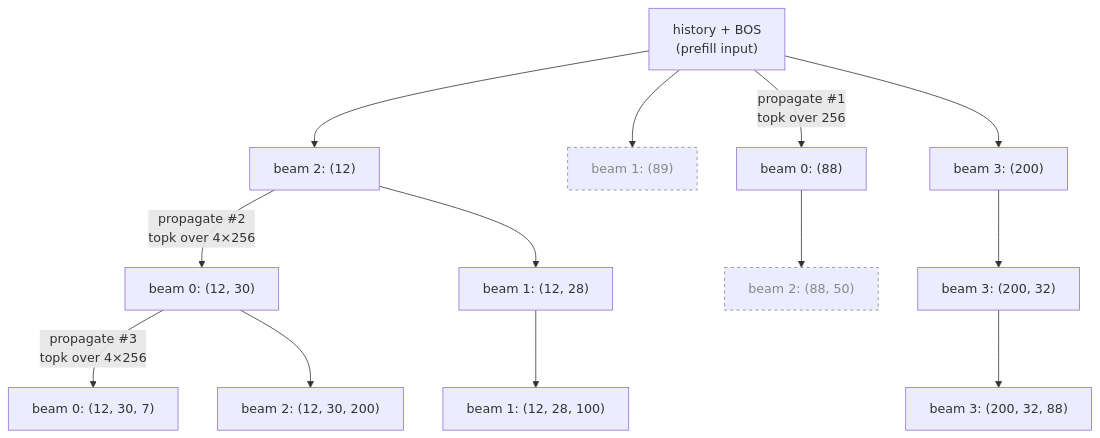
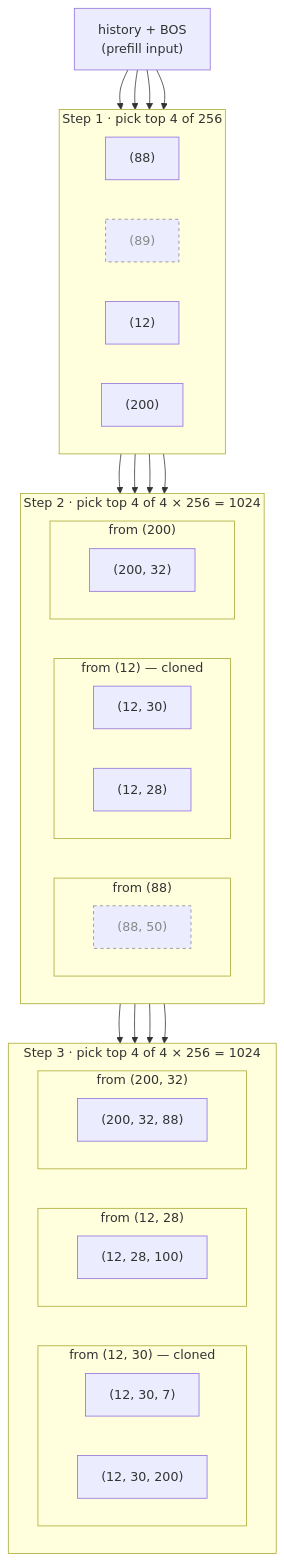
The first of 3 diagrams in examples/sid_gr/README.md (z52527/recsys-examples), drawn with Mermaid before and after one commit. The commit also changed other lines of this file, not shown here.

Commit message:
docs(sid_gr): regroup beam expansion diagram by parent, drop beam indices
The previous diagram numbered beams (beam 0..3) at each step, which
made cloning hard to read — the same SID tuple would carry different
beam indices across rounds. Restructure each step's subgraph into
per-parent sub-subgraphs; a group tagged "cloned" means that parent
fed multiple children to the next step. Step labels now show the
top-K math explicitly (e.g. "pick top 4 of 4 × 256 = 1024").

Node labels are just the SID tuples now; cloning, parentage, and
top-K math are carried by the subgraph titles instead.

````diff
--- a/examples/sid_gr/README.md
+++ b/examples/sid_gr/README.md
@@ -88,21 +88,63 @@
 ```mermaid
 graph TD
     BOS["history + BOS<br/>(prefill input)"]
 
-    BOS -->|"propagate #1<br/>topk over 256"| b00["beam 0: (88)"]
-    BOS --> b01["beam 1: (89)"]:::pruned
-    BOS --> b02["beam 2: (12)"]
-    BOS --> b03["beam 3: (200)"]
+    subgraph step1["Step 1 · pick top 4 of 256"]
+        direction LR
+        S88["(88)"]
+        S89["(89)"]:::pruned
+        S12["(12)"]
+        S200["(200)"]
+    end
 
-    b02 -->|"propagate #2<br/>topk over 4×256"| b10["beam 0: (12, 30)"]
-    b02 --> b11["beam 1: (12, 28)"]
-    b00 --> b12["beam 2: (88, 50)"]:::pruned
-    b03 --> b13["beam 3: (200, 32)"]
+    subgraph step2["Step 2 · pick top 4 of 4 × 256 = 1024"]
+        direction LR
+        subgraph p88["from (88)"]
+            direction LR
+            S88_50["(88, 50)"]:::pruned
+        end
+        subgraph p12["from (12) — cloned"]
+            direction LR
+            S12_30["(12, 30)"]
+            S12_28["(12, 28)"]
+        end
+        subgraph p200["from (200)"]
+            direction LR
+            S200_32["(200, 32)"]
+        end
+    end
 
-    b10 -->|"propagate #3<br/>topk over 4×256"| b20["beam 0: (12, 30, 7)"]
-    b11 --> b21["beam 1: (12, 28, 100)"]
-    b10 --> b22["beam 2: (12, 30, 200)"]
-    b13 --> b23["beam 3: (200, 32, 88)"]
+    subgraph step3["Step 3 · pick top 4 of 4 × 256 = 1024"]
+        direction LR
+        subgraph p1230["from (12, 30) — cloned"]
+            direction LR
+            S12_30_7["(12, 30, 7)"]
+            S12_30_200["(12, 30, 200)"]
+        end
+        subgraph p1228["from (12, 28)"]
+            direction LR
+            S12_28_100["(12, 28, 100)"]
+        end
+        subgraph p20032["from (200, 32)"]
+            direction LR
+            S200_32_88["(200, 32, 88)"]
+        end
+    end
+
+    BOS --> S88
+    BOS --> S89
+    BOS --> S12
+    BOS --> S200
+
+    S88 --> S88_50
+    S12 --> S12_30
+    S12 --> S12_28
+    S200 --> S200_32
+
+    S12_30 --> S12_30_7
+    S12_30 --> S12_30_200
+    S12_28 --> S12_28_100
+    S200_32 --> S200_32_88
 
     classDef pruned stroke:#888,stroke-dasharray:4 4,color:#888;
 ```
````
